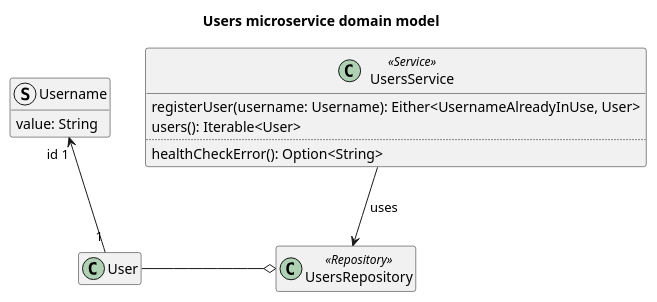
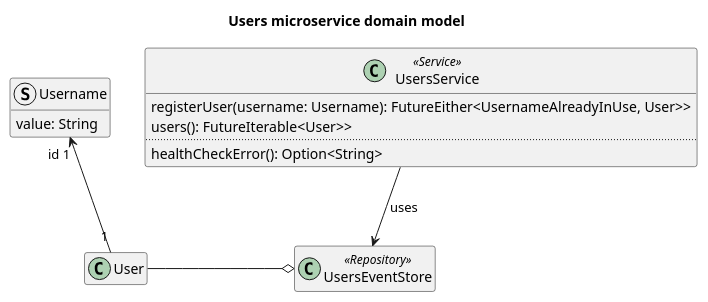
One commit to Ventus218/SAP-assignment-03 changed the diagram in doc/diagrams/src/users-microservice-domain-model.puml. Above: the diagram before and after it, drawn with PlantUML.

```diff
--- a/doc/diagrams/src/users-microservice-domain-model.puml
+++ b/doc/diagrams/src/users-microservice-domain-model.puml
@@ -1,26 +1,26 @@
 @startuml users-microservice-domain-model
 
 title Users microservice domain model
 
 class User {}
 
 struct Username {
     value: String
 }
 User "1" -u-> "id 1" Username
 
-class UsersRepository <<Repository>>
-UsersRepository o-l- User
+class UsersEventStore <<Repository>>
+UsersEventStore o-l- User
 
 class UsersService <<Service>> {
-    registerUser(username: Username): Either<UsernameAlreadyInUse, User>
-    users(): Iterable<User>
+    registerUser(username: Username): FutureEither<UsernameAlreadyInUse, User>>
+    users(): FutureIterable<User>>
     ..
     healthCheckError(): Option<String>
 }
 
-UsersService --> UsersRepository : "uses"
+UsersService --> UsersEventStore : "uses"
 
 hide empty members
 
 @enduml
```
